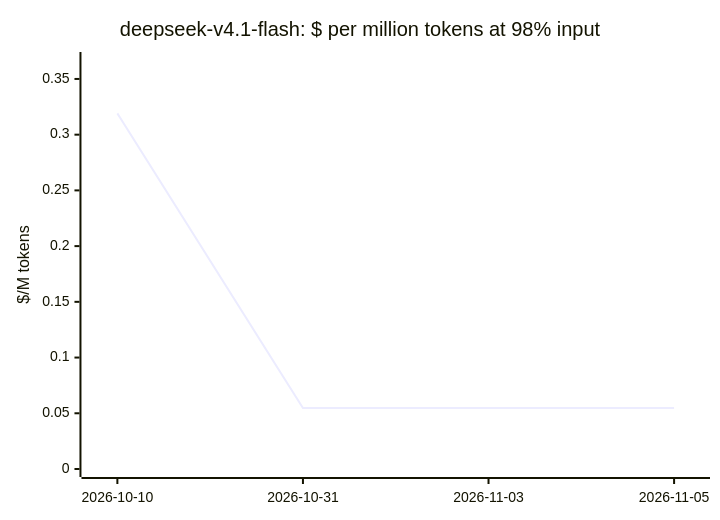
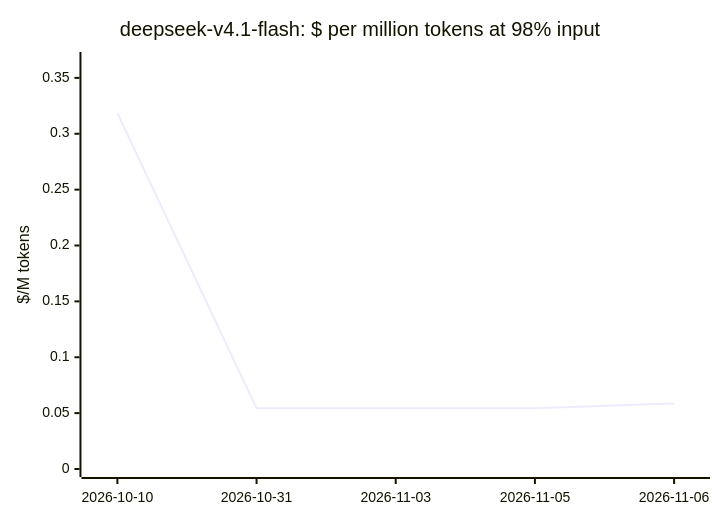
The seventh of 20 diagrams in docs/openrouter-models.md (cklukas/OMEGA_TRANSFORM), drawn with Mermaid before and after one commit. The commit also changed other lines of this file and 103 other files, not shown here.

````diff
--- a/docs/openrouter-models.md
+++ b/docs/openrouter-models.md
@@ -195,7 +194,7 @@
 ```mermaid
 xychart-beta
     title "deepseek-v4.1-flash: $ per million tokens at 98% input"
-    x-axis ["2026-10-10", "2026-10-31", "2026-11-03", "2026-11-05"]
-    y-axis "$/M tokens" 0 --> 0.367
-    line [0.3191, 0.05463, 0.05463, 0.05463]
+    x-axis ["2026-10-10", "2026-10-31", "2026-11-03", "2026-11-05", "2026-11-06"]
+    y-axis "$/M tokens" 0 --> 0.366
+    line [0.3185, 0.05435, 0.05435, 0.05435, 0.0587]
 ```
````
